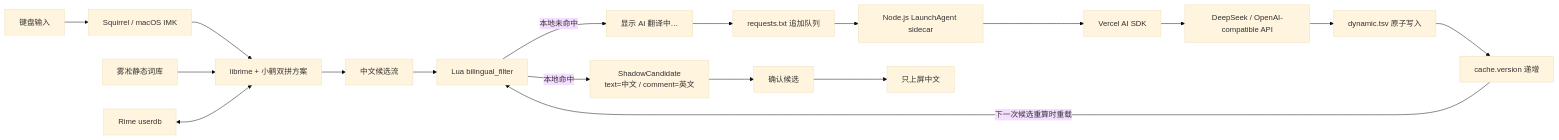
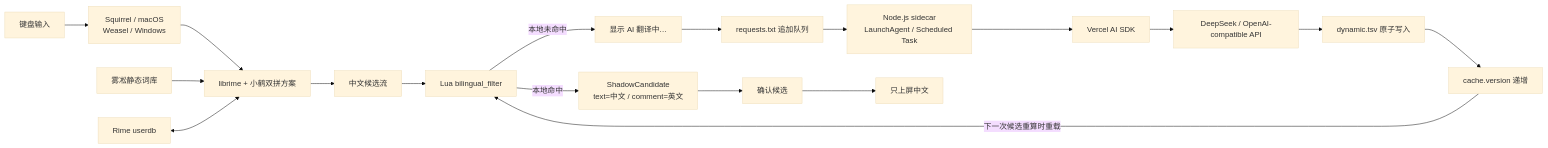
One commit to 6owen/borime changed the diagram in docs/ARCHITECTURE.zh-CN.md. Above: the diagram before and after it, drawn with Mermaid (base theme). The commit also changed other lines of this file and 17 other files, not shown here.

First line of the commit message:
feat: package bilingual Rime for macOS and Windows

````diff
--- a/docs/ARCHITECTURE.zh-CN.md
+++ b/docs/ARCHITECTURE.zh-CN.md
@@ -38,22 +38,22 @@
 ```mermaid
 flowchart LR
-  K[键盘输入] --> S[Squirrel / macOS IMK]
+  K[键盘输入] --> S[Squirrel / macOS<br/>Weasel / Windows]
   S --> R[librime + 小鹤双拼方案]
   D[雾凇静态词库] --> R
   U[Rime userdb] <--> R
   R --> C[中文候选流]
   C --> L[Lua bilingual_filter]
 
   L -->|本地命中| V[ShadowCandidate<br/>text=中文 / comment=英文]
   L -->|本地未命中| P[显示 AI 翻译中…]
   P --> Q[requests.txt 追加队列]
-  Q --> W[Node.js LaunchAgent sidecar]
+  Q --> W[Node.js sidecar<br/>LaunchAgent / Scheduled Task]
   W --> A[Vercel AI SDK]
   A --> M[DeepSeek / OpenAI-compatible API]
   M --> X[dynamic.tsv 原子写入]
   X --> B[cache.version 递增]
   B -->|下一次候选重算时重载| L
 
   V --> O[确认候选]
   O --> T[只上屏中文]
 ```
````
